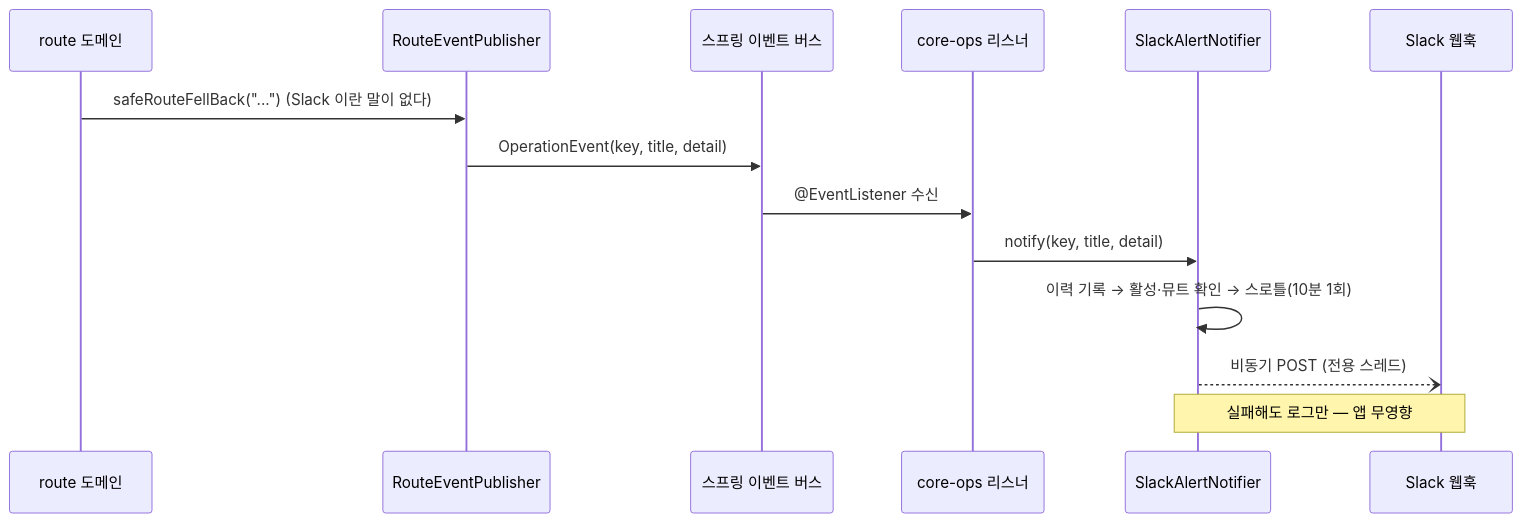
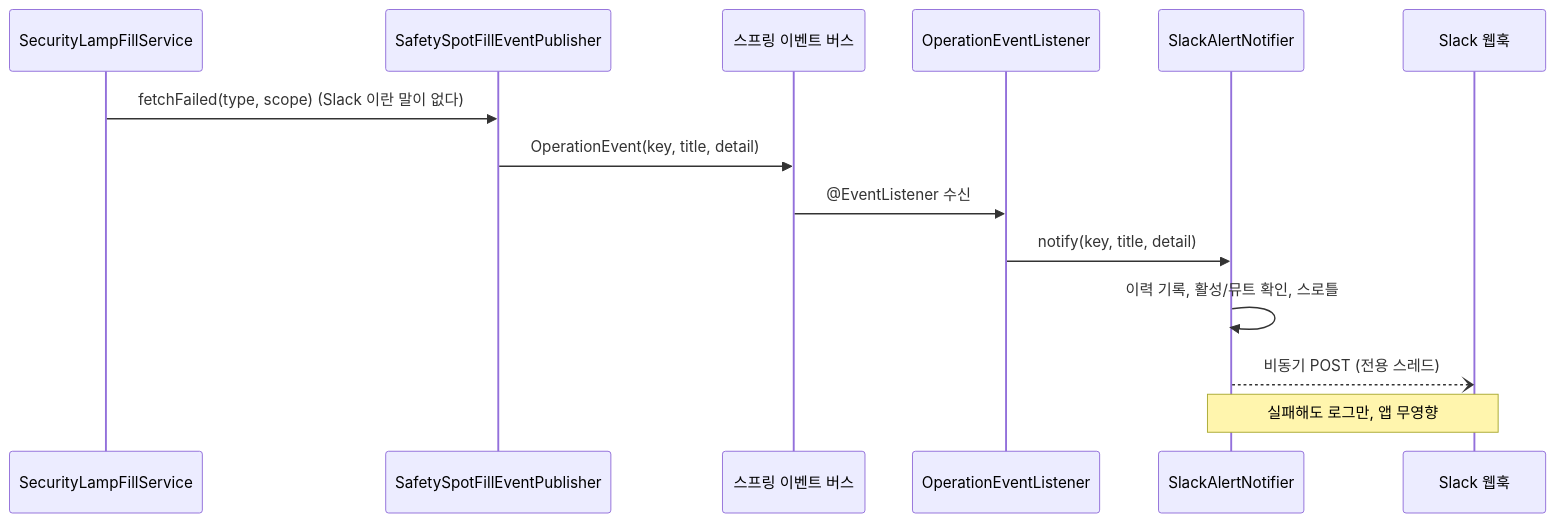
One commit to soo-ai-agent/bueongi-backend changed the third of 3 diagrams in docs/EXTERNAL_SERVICES.md. Above: the diagram before and after it, drawn with Mermaid. The commit also changed other lines of this file and 1 other file, not shown here.

````diff
--- a/docs/EXTERNAL_SERVICES.md
+++ b/docs/EXTERNAL_SERVICES.md
@@ -241,17 +289,17 @@
 ```mermaid
 sequenceDiagram
-    participant D as route 도메인
-    participant P as RouteEventPublisher
+    participant D as SecurityLampFillService
+    participant P as SafetySpotFillEventPublisher
     participant E as 스프링 이벤트 버스
-    participant O as core-ops 리스너
+    participant O as OperationEventListener
     participant N as SlackAlertNotifier
     participant W as Slack 웹훅
 
-    D->>P: safeRouteFellBack("...")  (Slack 이란 말이 없다)
+    D->>P: fetchFailed(type, scope)  (Slack 이란 말이 없다)
     P->>E: OperationEvent(key, title, detail)
     E->>O: @EventListener 수신
     O->>N: notify(key, title, detail)
-    N->>N: 이력 기록 → 활성·뮤트 확인 → 스로틀(10분 1회)
+    N->>N: 이력 기록, 활성/뮤트 확인, 스로틀
     N--)W: 비동기 POST (전용 스레드)
-    Note over N,W: 실패해도 로그만 — 앱 무영향
+    Note over N,W: 실패해도 로그만, 앱 무영향
 ```
````
